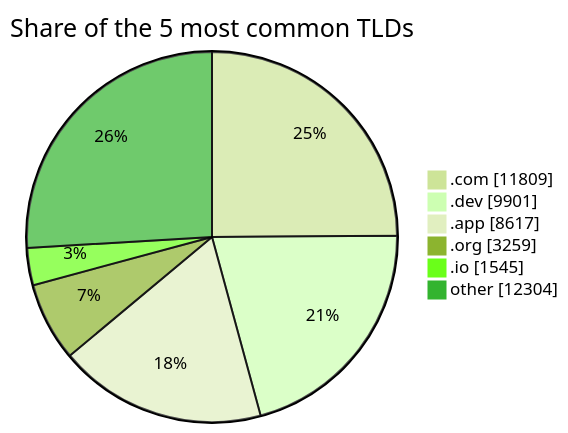
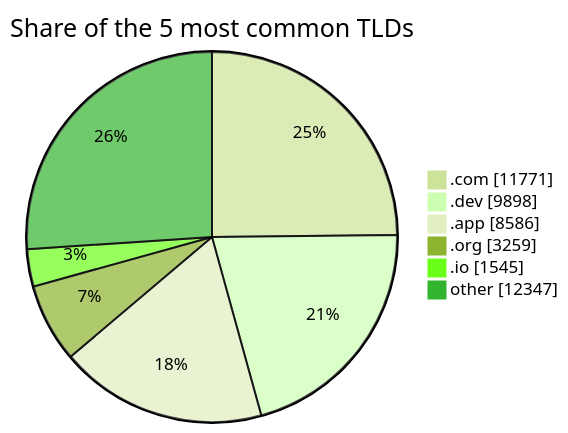
One commit to DNSBunker/CTI changed the third of 3 diagrams in README.md. Above: the diagram before and after it, drawn with Mermaid (forest theme). The commit also changed other lines of this file and 3 other files, not shown here.

````diff
--- a/README.md
+++ b/README.md
@@ -81,9 +81,9 @@
 ```mermaid
 pie showData title Share of the 5 most common TLDs
-    ".com" : 11809
-    ".dev" : 9901
-    ".app" : 8617
+    ".com" : 11771
+    ".dev" : 9898
+    ".app" : 8586
     ".org" : 3259
     ".io" : 1545
-    "other" : 12304
+    "other" : 12347
 ```
````
